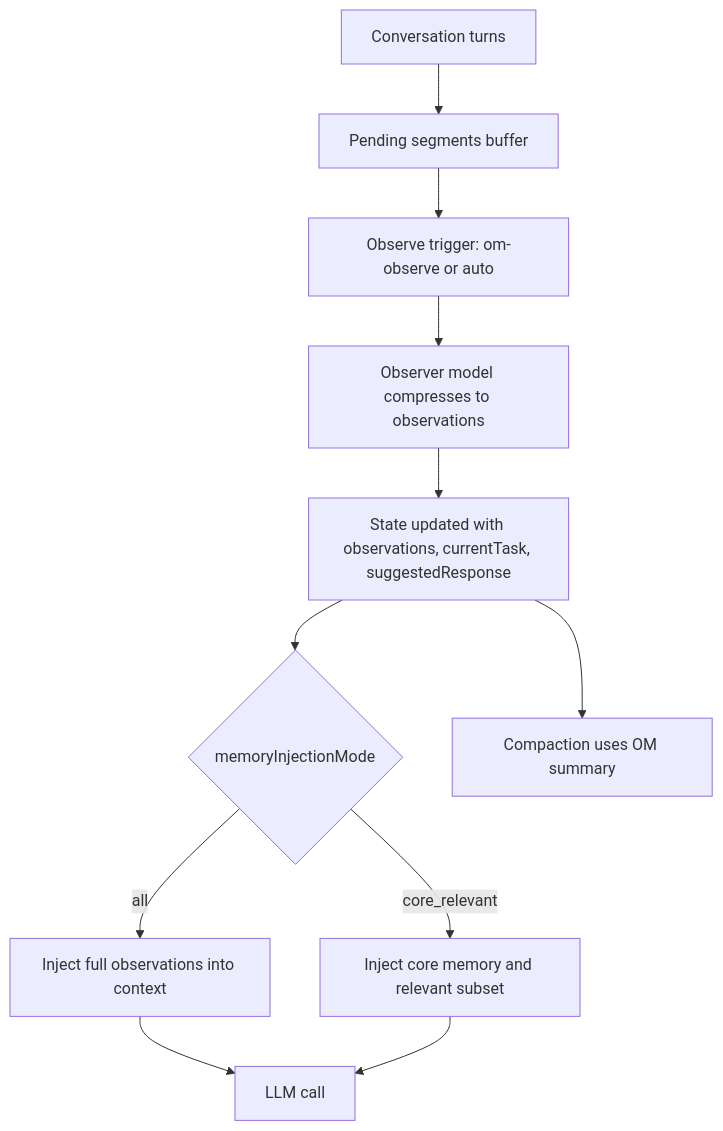
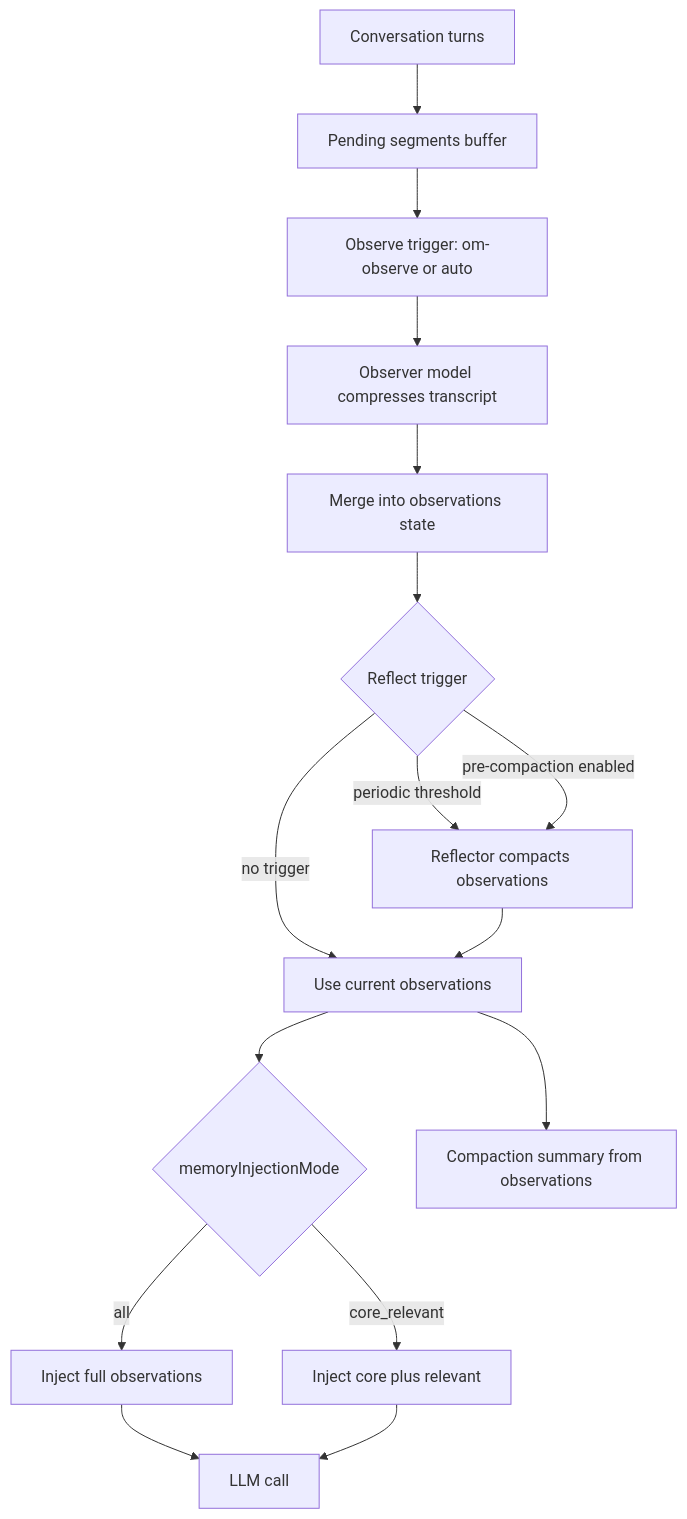
One commit to damianpdr/pi-observational-memory changed the first of 2 diagrams in README.md. Above: the diagram before and after it, drawn with Mermaid. The commit also changed other lines of this file and 2 other files, not shown here.

````diff
--- a/README.md
+++ b/README.md
@@ -48,13 +62,18 @@
 ```mermaid
 flowchart TD
   A[Conversation turns] --> B[Pending segments buffer]
   B --> C[Observe trigger: om-observe or auto]
-  C --> D[Observer model compresses to observations]
-  D --> E[State updated with observations, currentTask, suggestedResponse]
-  E --> F{memoryInjectionMode}
-  F -->|all| G[Inject full observations into context]
-  F -->|core_relevant| H[Inject core memory and relevant subset]
-  G --> I[LLM call]
-  H --> I[LLM call]
-  E --> J[Compaction uses OM summary]
+  C --> D[Observer model compresses transcript]
+  D --> E[Merge into observations state]
+  E --> F{Reflect trigger}
+  F -->|periodic threshold| G[Reflector compacts observations]
+  F -->|pre-compaction enabled| G
+  F -->|no trigger| H[Use current observations]
+  G --> H
+  H --> I{memoryInjectionMode}
+  I -->|all| J[Inject full observations]
+  I -->|core_relevant| K[Inject core plus relevant]
+  J --> L[LLM call]
+  K --> L
+  H --> M[Compaction summary from observations]
 ```
````
